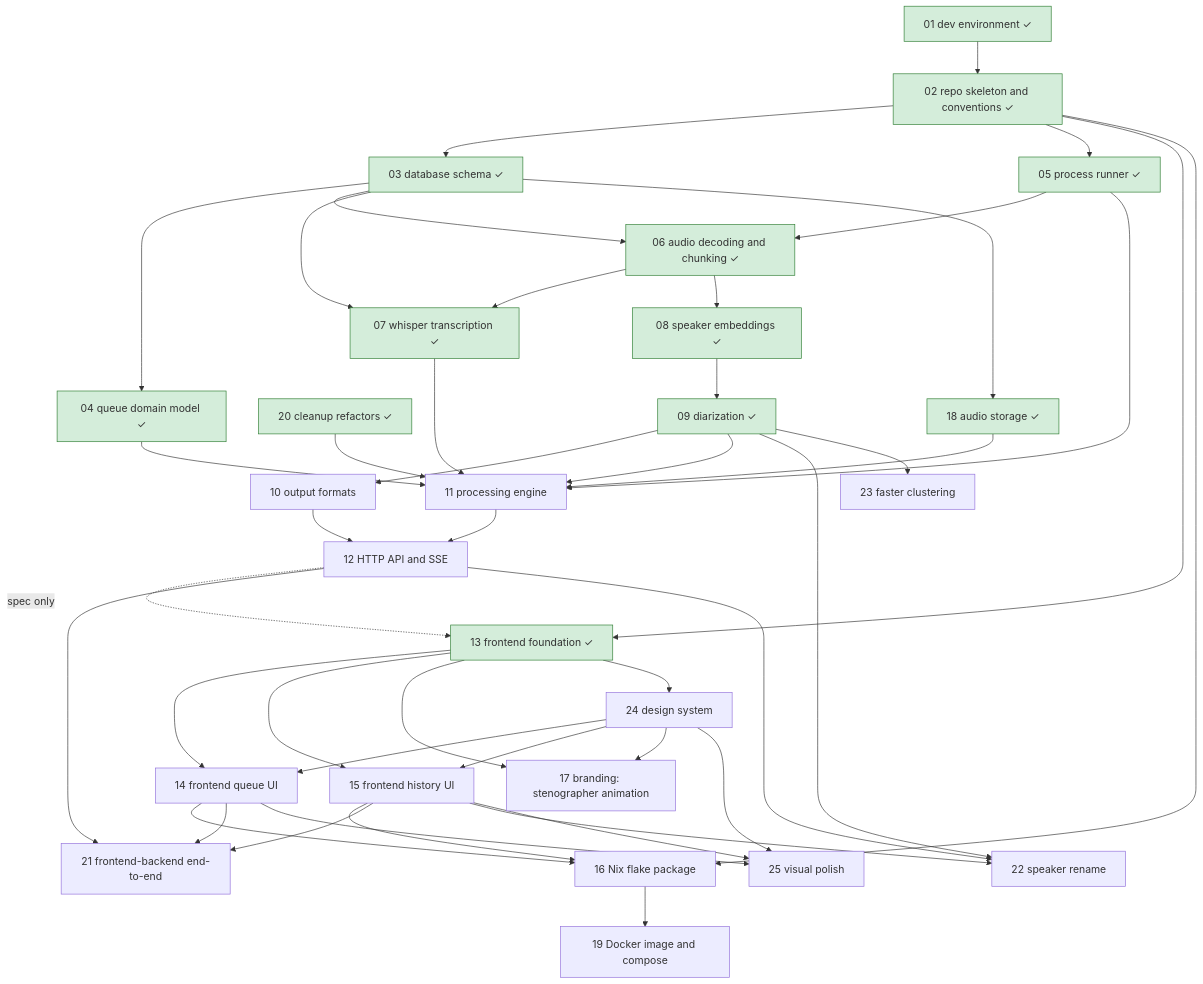
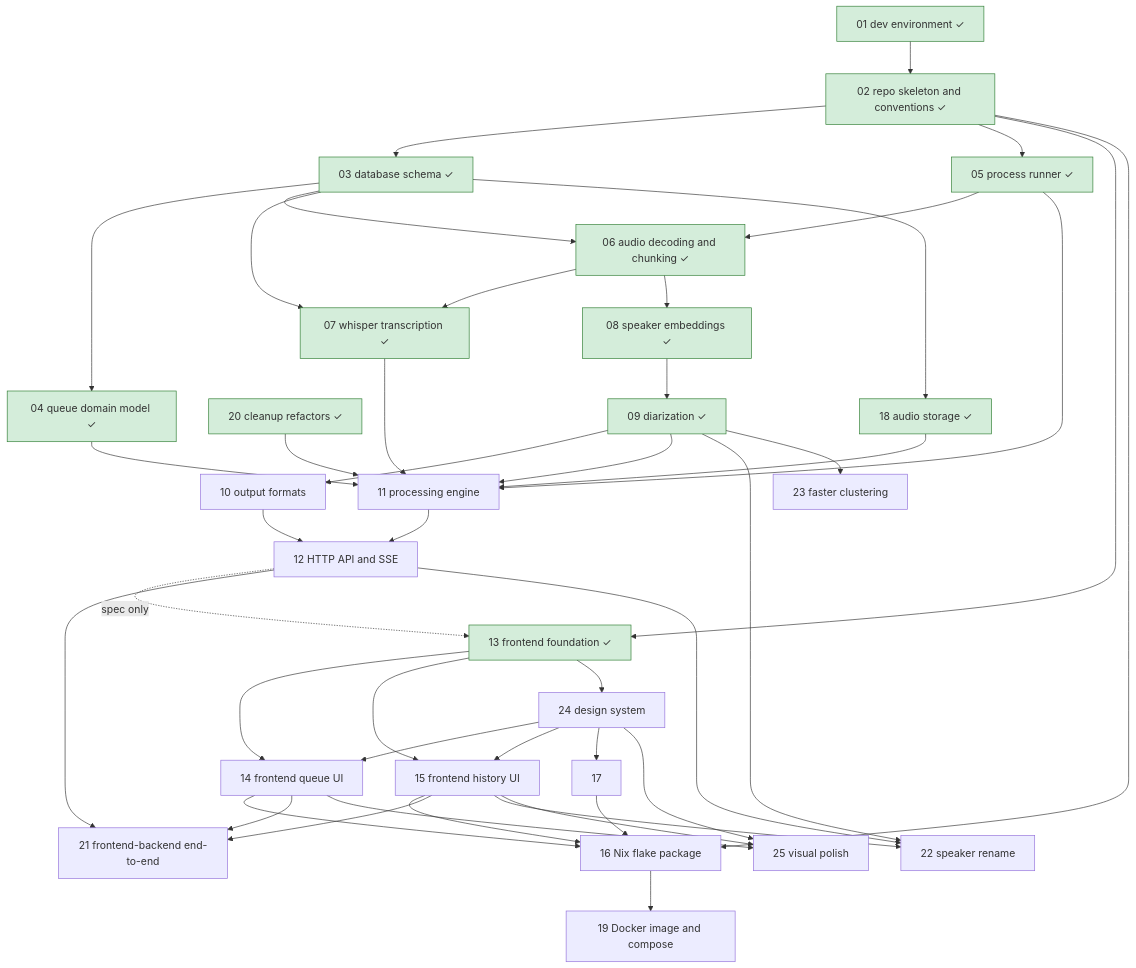
Before and after one commit to lulu-berlin/speech-to-text-app: the diagram in roadmap/README.md, drawn with Mermaid. The commit also changed other lines of this file and 3 other files, not shown here.

````diff
--- a/roadmap/README.md
+++ b/roadmap/README.md
@@ -17,48 +17,48 @@
 ```mermaid
 graph TD
   01[01 dev environment ✓]:::done --> 02[02 repo skeleton and conventions ✓]:::done
   02 --> 03[03 database schema ✓]:::done
   03 --> 04[04 queue domain model ✓]:::done
   02 --> 05[05 process runner ✓]:::done
   05 --> 06[06 audio decoding and chunking ✓]:::done
   03 --> 06
   06 --> 07[07 whisper transcription ✓]:::done
   03 --> 07
   06 --> 08[08 speaker embeddings ✓]:::done
   08 --> 09[09 diarization ✓]:::done
   09 --> 10[10 output formats]
   04 --> 11[11 processing engine]
   05 --> 11
   07 --> 11
   09 --> 11
   03 --> 18[18 audio storage ✓]:::done
   18 --> 11
   20 --> 11
   11 --> 12[12 HTTP API and SSE]
   10 --> 12
   02 --> 13[13 frontend foundation ✓]:::done
   12 -. spec only .-> 13
   13 --> 14[14 frontend queue UI]
   13 --> 15[15 frontend history UI]
   02 --> 16[16 Nix flake package]
   14 --> 16
   15 --> 16
-  13 --> 17[17 branding: stenographer animation]
+  17 --> 16
   16 --> 19[19 Docker image and compose]
   20[20 cleanup refactors ✓]:::done
   12 --> 21[21 frontend-backend end-to-end]
   14 --> 21
   15 --> 21
   09 --> 22[22 speaker rename]
   12 --> 22
   15 --> 22
   09 --> 23[23 faster clustering]
   13 --> 24[24 design system]
   24 --> 14
   24 --> 15
   24 --> 17
   24 --> 25[25 visual polish]
   14 --> 25
   15 --> 25
   classDef done fill:#d4edda,stroke:#2e7d32
 ```
````
